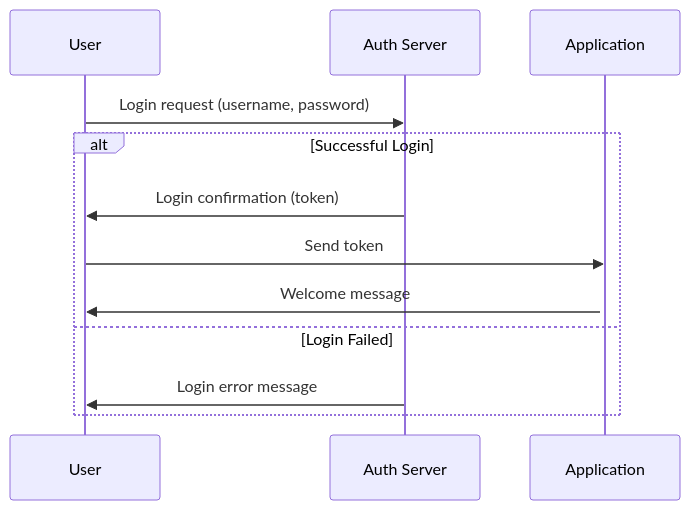
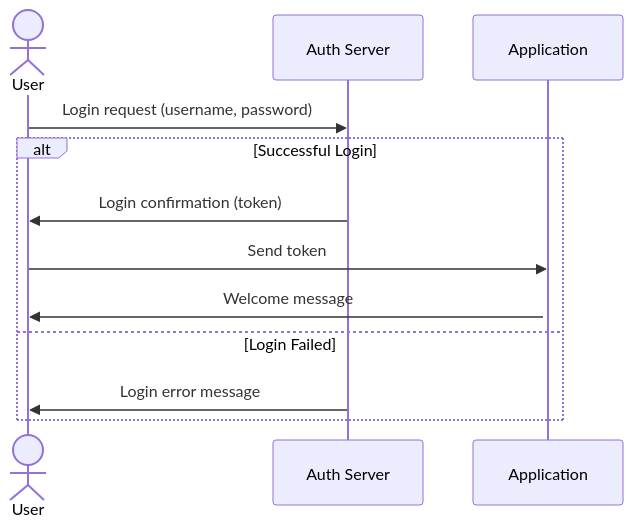
The diagram in clq988vdo000008l57wj7deqj.md (lyluongthien/thediligentengineer.com-backup), drawn with Mermaid before and after one commit. The commit also changed other lines of this file, not shown here.

Commit message:
update post: Documentation with Mermaid.JS?

````diff
--- a/clq988vdo000008l57wj7deqj.md
+++ b/clq988vdo000008l57wj7deqj.md
@@ -34,16 +26,16 @@
 ```mermaid
 sequenceDiagram
-participant User
+actor User
 participant Auth Server
 participant Application
 User->>Auth Server: Login request (username, password)
 alt Successful Login
     Auth Server->>User: Login confirmation (token)
     User->>Application: Send token
     activate Application
     Application->>User: Welcome message
 else Login Failed
     Auth Server->>User: Login error message
 end
 
 ```
````
